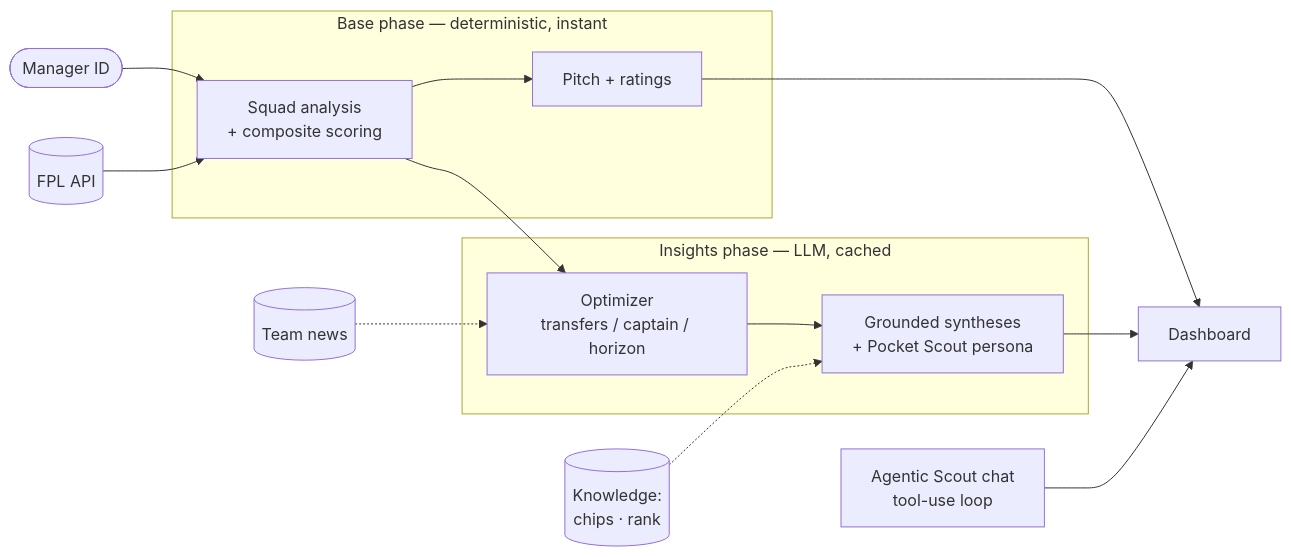
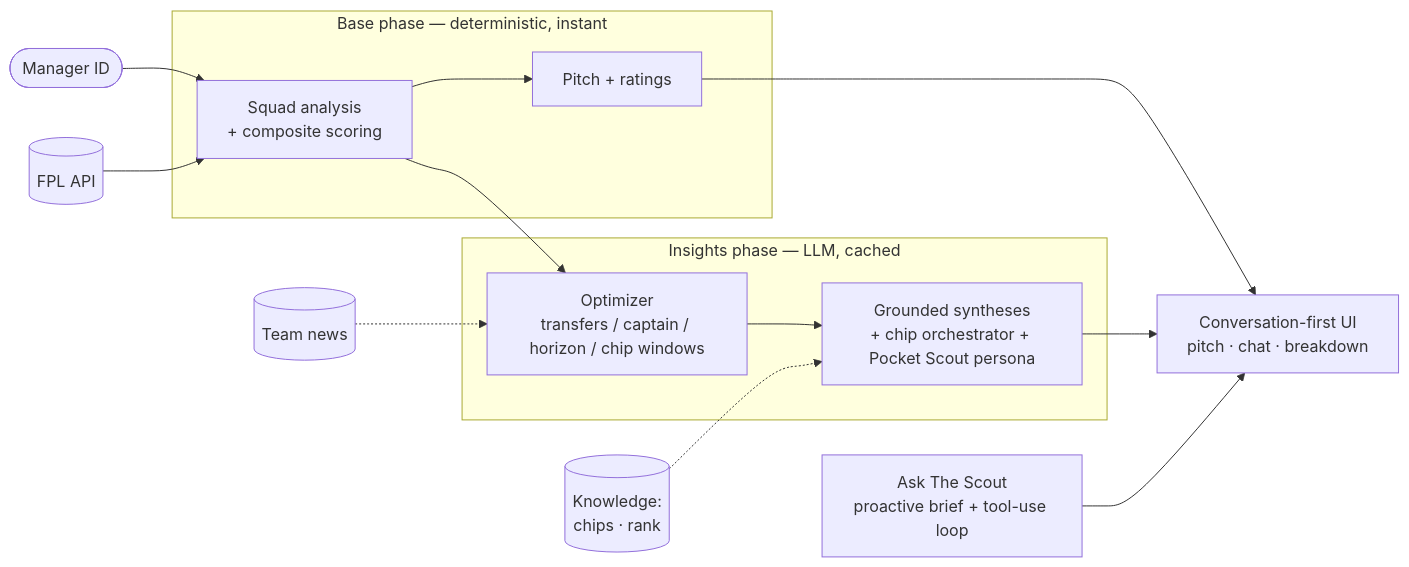
Before and after one commit to LionelKavit/Fantasy-Premier-League-Advisor: the diagram in README.md, drawn with Mermaid. The commit also changed other lines of this file and 17 other files, not shown here.

First line of the commit message:
docs: refresh README + architecture for the conversation-first app

````diff
--- a/README.md
+++ b/README.md
@@ -30,17 +32,17 @@
 ```mermaid
 flowchart LR
   U([Manager ID]) --> BASE
   subgraph Fast["Base phase — deterministic, instant"]
     BASE[Squad analysis<br/>+ composite scoring] --> PITCH[Pitch + ratings]
   end
   subgraph Slow["Insights phase — LLM, cached"]
-    OPT[Optimizer<br/>transfers / captain / horizon] --> SYN[Grounded syntheses<br/>+ Pocket Scout persona]
+    OPT[Optimizer<br/>transfers / captain / horizon / chip windows] --> SYN[Grounded syntheses<br/>+ chip orchestrator + Pocket Scout persona]
   end
   BASE --> OPT
   FPL[(FPL API)] --> BASE
   NEWS[(Team news)] -.-> OPT
   KB[(Knowledge:<br/>chips · rank)] -.-> SYN
-  PITCH --> UI[Dashboard]
+  PITCH --> UI[Conversation-first UI<br/>pitch · chat · breakdown]
   SYN --> UI
-  CHAT[Agentic Scout chat<br/>tool-use loop] --> UI
+  CHAT[Ask The Scout<br/>proactive brief + tool-use loop] --> UI
 ```
````
